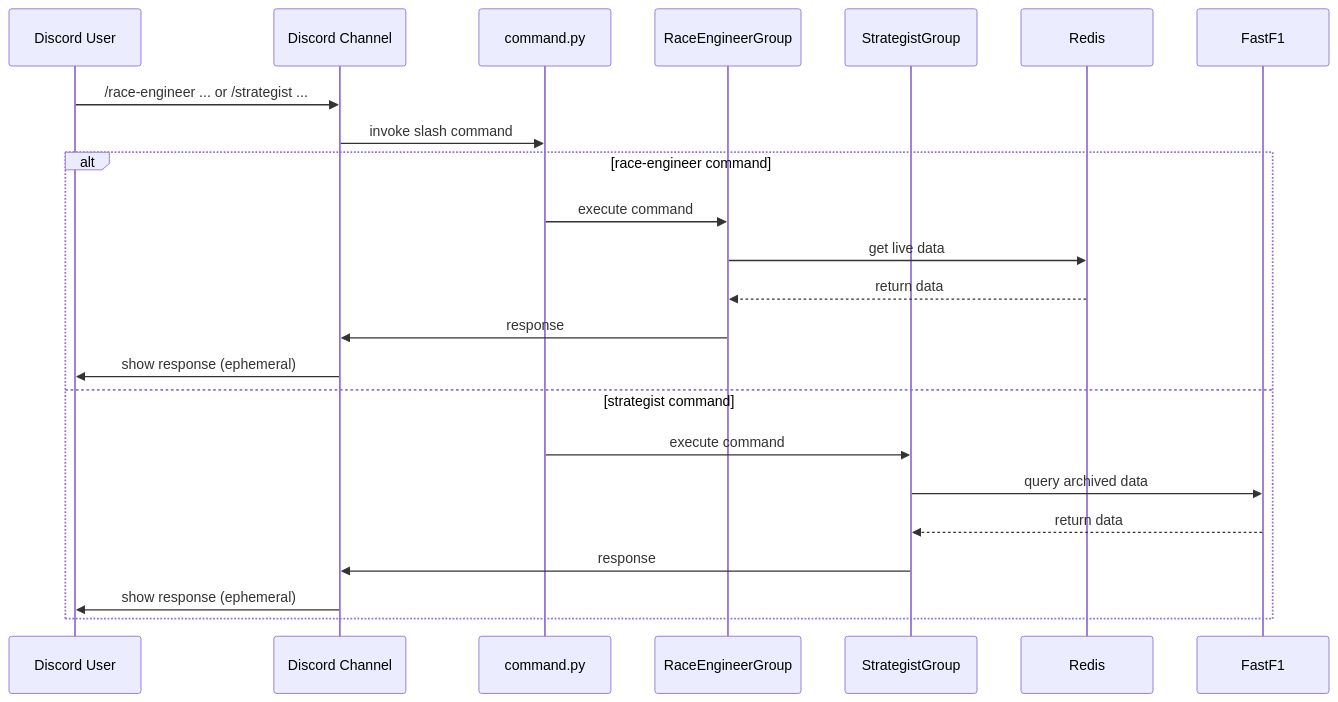
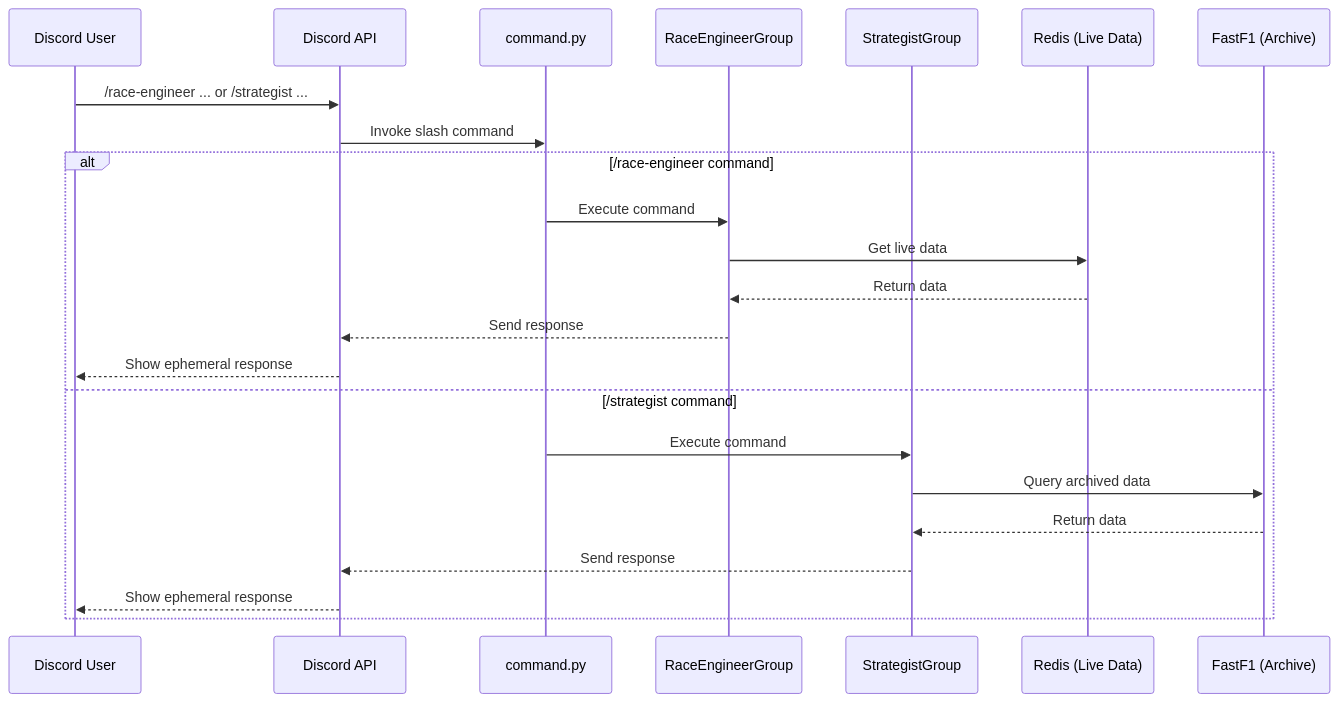
Before and after one commit to csniper-patrick/Pitwall: the second of 2 diagrams in README.md, drawn with Mermaid. The commit also changed other lines of this file and 9 other files, not shown here.

````diff
--- a/README.md
+++ b/README.md
@@ -69,26 +89,26 @@
 ```mermaid
 sequenceDiagram
     participant User as Discord User
-    participant Discord as Discord Channel
+    participant Discord as Discord API
     participant Command as command.py
     participant RaceEngineer as RaceEngineerGroup
     participant Strategist as StrategistGroup
-    participant Redis as Redis
-    participant FastF1 as FastF1
+    participant Redis as Redis (Live Data)
+    participant FastF1 as FastF1 (Archive)
 
     User->>Discord: /race-engineer ... or /strategist ...
-    Discord->>Command: invoke slash command
-    alt race-engineer command
-        Command->>RaceEngineer: execute command
-        RaceEngineer->>Redis: get live data
-        Redis-->>RaceEngineer: return data
-        RaceEngineer->>Discord: response
-        Discord->>User: show response (ephemeral)
-    else strategist command
-        Command->>Strategist: execute command
-        Strategist->>FastF1: query archived data
-        FastF1-->>Strategist: return data
-        Strategist->>Discord: response
-        Discord->>User: show response (ephemeral)
+    Discord->>Command: Invoke slash command
+    alt /race-engineer command
+        Command->>RaceEngineer: Execute command
+        RaceEngineer->>Redis: Get live data
+        Redis-->>RaceEngineer: Return data
+        RaceEngineer-->>Discord: Send response
+        Discord-->>User: Show ephemeral response
+    else /strategist command
+        Command->>Strategist: Execute command
+        Strategist->>FastF1: Query archived data
+        FastF1-->>Strategist: Return data
+        Strategist-->>Discord: Send response
+        Discord-->>User: Show ephemeral response
     end
 ```
````
